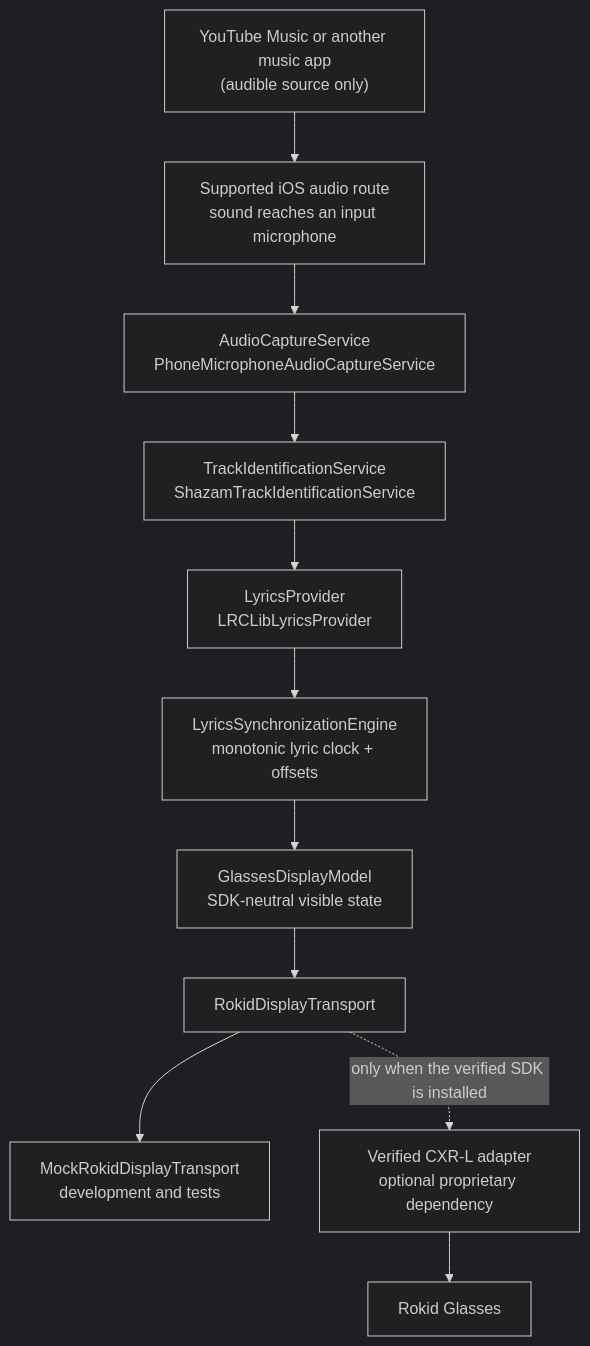
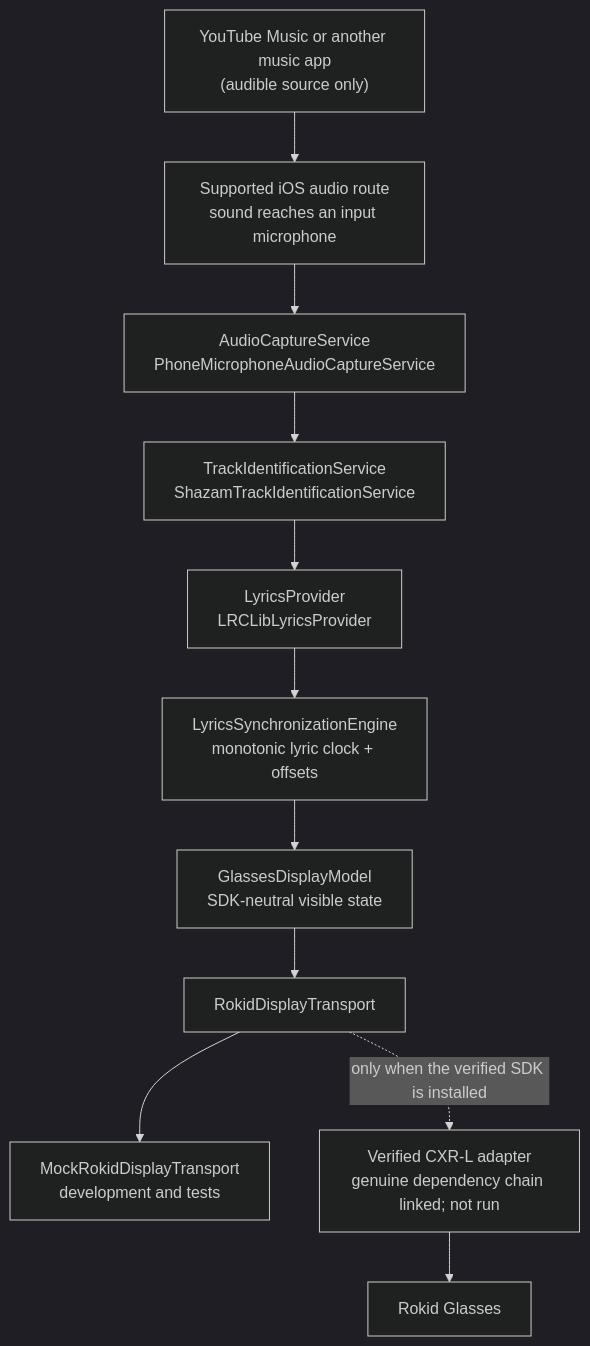
The first of 3 diagrams in docs/ARCHITECTURE.md (Klayertan/rokid-lyrics-ios), drawn with Mermaid (dark theme) before and after one commit. The commit also changed other lines of this file and 10 other files, not shown here.

````diff
--- a/docs/ARCHITECTURE.md
+++ b/docs/ARCHITECTURE.md
@@ -11,18 +11,18 @@
 ```mermaid
 flowchart TD
     source["YouTube Music or another music app<br/>(audible source only)"]
     route["Supported iOS audio route<br/>sound reaches an input microphone"]
     capture["AudioCaptureService<br/>PhoneMicrophoneAudioCaptureService"]
     identify["TrackIdentificationService<br/>ShazamTrackIdentificationService"]
     provider["LyricsProvider<br/>LRCLibLyricsProvider"]
     sync["LyricsSynchronizationEngine<br/>monotonic lyric clock + offsets"]
     model["GlassesDisplayModel<br/>SDK-neutral visible state"]
     transport["RokidDisplayTransport"]
     mock["MockRokidDisplayTransport<br/>development and tests"]
-    real["Verified CXR-L adapter<br/>optional proprietary dependency"]
+    real["Verified CXR-L adapter<br/>genuine dependency chain linked; not run"]
     glasses["Rokid Glasses"]
 
     source --> route --> capture --> identify --> provider --> sync --> model --> transport
     transport --> mock
     transport -. "only when the verified SDK is installed" .-> real --> glasses
 ```
````
